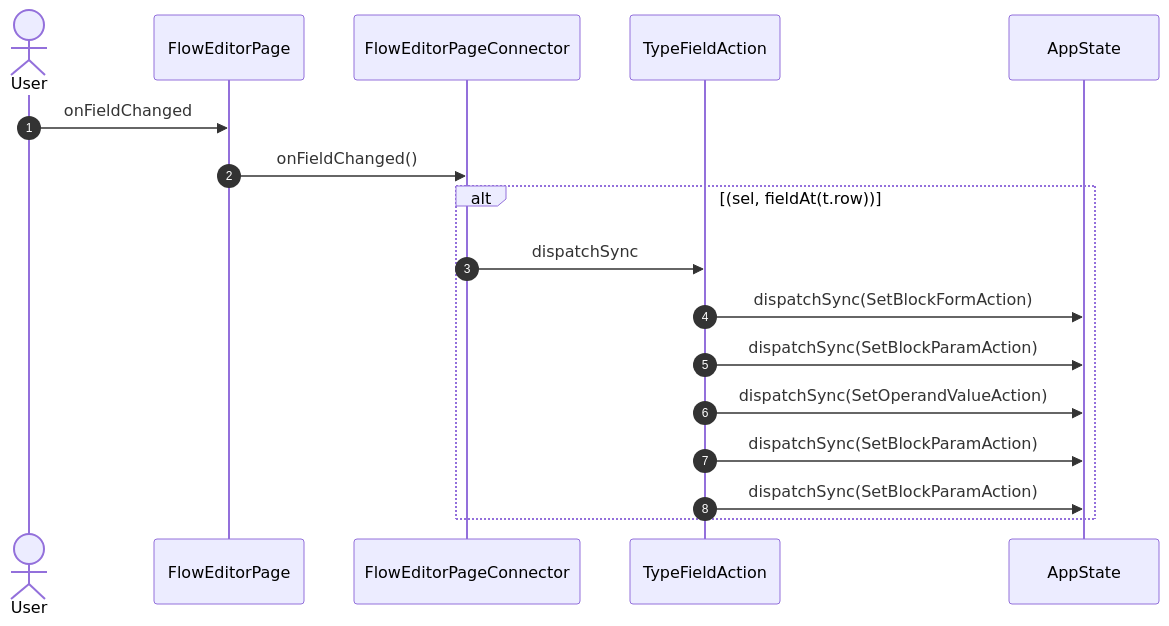
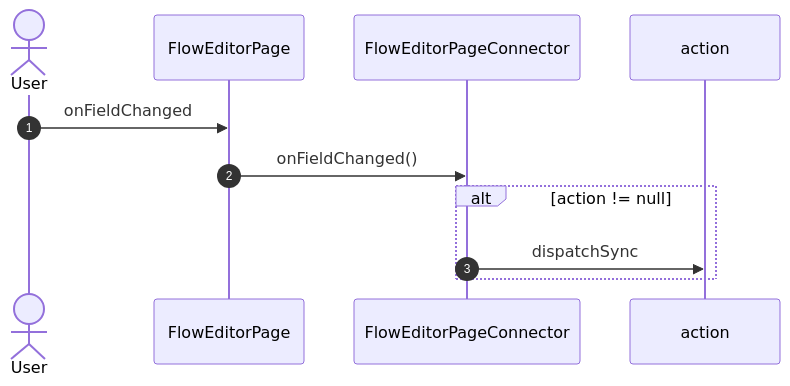
Before and after one commit to gencto/wyrm: diagram 36 of 41 in studio/docs/flows/flowEditor.md, drawn with Mermaid. The commit also changed other lines of this file and 19 other files, not shown here.

First line of the commit message:
studio: flow editor: questions keyed by what answers them; a connector under 400 lines

````diff
--- a/studio/docs/flows/flowEditor.md
+++ b/studio/docs/flows/flowEditor.md
@@ -483,20 +611,14 @@
 ```mermaid
 sequenceDiagram
     autonumber
     actor User
     participant UI as FlowEditorPage
     participant VM as FlowEditorPageConnector
-    participant A1 as TypeFieldAction
-    participant ST as AppState
+    participant A1 as action
 
     User->>UI: onFieldChanged
     UI->>VM: onFieldChanged()
-    alt (sel, fieldAt(t.row))
+    alt action != null
         VM->>A1: dispatchSync
-        A1->>ST: dispatchSync(SetBlockFormAction)
-        A1->>ST: dispatchSync(SetBlockParamAction)
-        A1->>ST: dispatchSync(SetOperandValueAction)
-        A1->>ST: dispatchSync(SetBlockParamAction)
-        A1->>ST: dispatchSync(SetBlockParamAction)
     end
 ```
````
